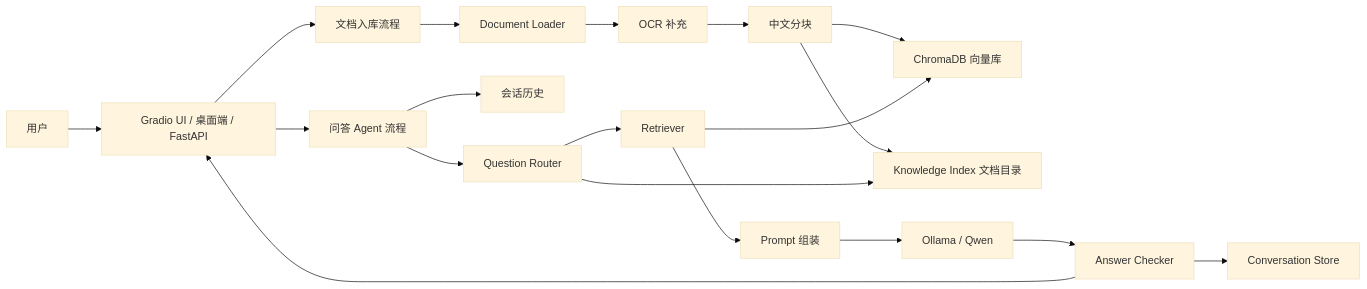
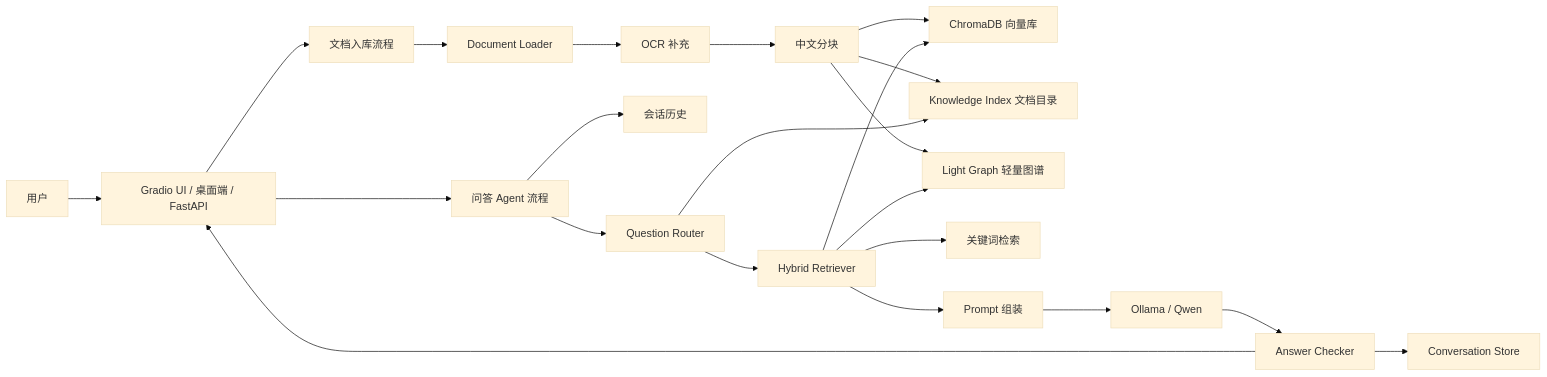
The diagram in README.md (deathzhgood-lang/talkagent), drawn with Mermaid (base theme) before and after one commit. The commit also changed other lines of this file and 4 other files, not shown here.

````diff
--- a/README.md
+++ b/README.md
@@ -33,23 +38,26 @@
 ```mermaid
 flowchart LR
     User["用户"] --> UI["Gradio UI / 桌面端 / FastAPI"]
     UI --> Ingest["文档入库流程"]
     UI --> Agent["问答 Agent 流程"]
 
     Ingest --> Loader["Document Loader"]
     Loader --> OCR["OCR 补充"]
     OCR --> Splitter["中文分块"]
     Splitter --> Vector["ChromaDB 向量库"]
     Splitter --> Index["Knowledge Index 文档目录"]
+    Splitter --> Graph["Light Graph 轻量图谱"]
 
     Agent --> History["会话历史"]
     Agent --> Router["Question Router"]
     Router --> Index
-    Router --> Retriever["Retriever"]
+    Router --> Retriever["Hybrid Retriever"]
     Retriever --> Vector
+    Retriever --> Graph
+    Retriever --> Keyword["关键词检索"]
     Retriever --> Prompt["Prompt 组装"]
     Prompt --> LLM["Ollama / Qwen"]
     LLM --> Checker["Answer Checker"]
     Checker --> Store["Conversation Store"]
     Checker --> UI
 ```
````
